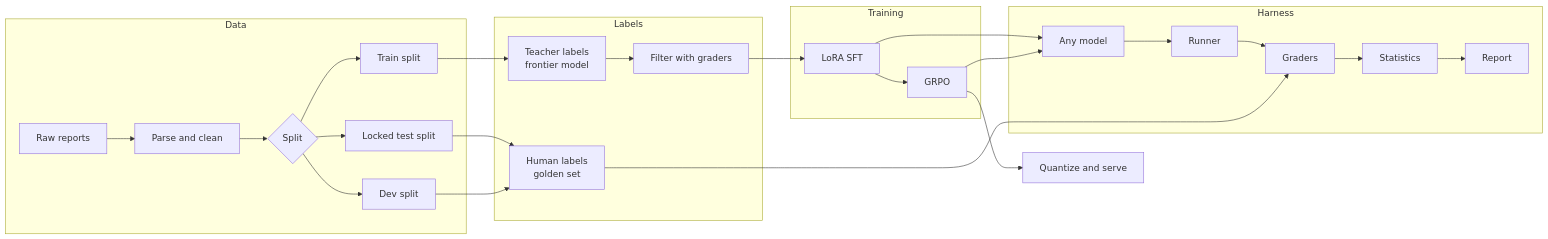
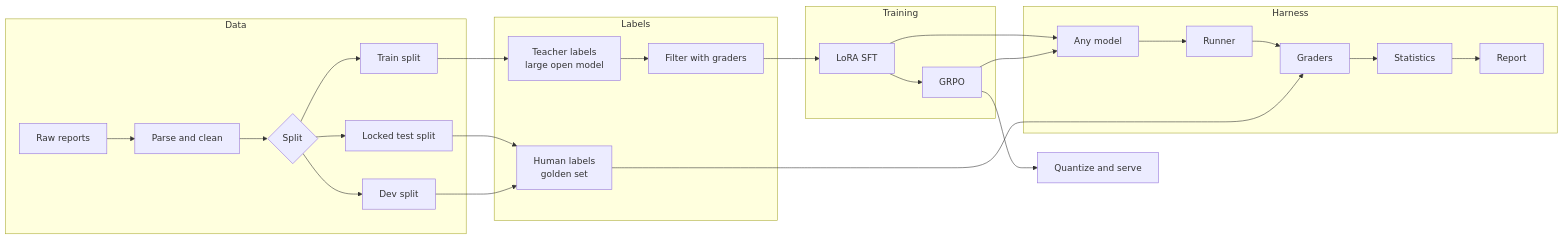
The first of 2 diagrams in docs/ARCHITECTURE.md (SakashSrivastava/Distill), drawn with Mermaid before and after one commit. The commit also changed other lines of this file and 2 other files, not shown here.

Commit message:
Switch docs to an open-weight teacher and a $0 reproducible setup

````diff
--- a/docs/ARCHITECTURE.md
+++ b/docs/ARCHITECTURE.md
@@ -11,34 +11,34 @@
 ```mermaid
 flowchart LR
     subgraph Data
         R[Raw reports] --> P[Parse and clean]
         P --> S{Split}
         S --> TR[Train split]
         S --> DV[Dev split]
         S --> TE[Locked test split]
     end
 
     subgraph Labels
         TE --> HL[Human labels<br/>golden set]
         DV --> HL
-        TR --> TL[Teacher labels<br/>frontier model]
+        TR --> TL[Teacher labels<br/>large open model]
         TL --> F[Filter with graders]
     end
 
     subgraph Training
         F --> SFT[LoRA SFT]
         SFT --> GRPO[GRPO]
     end
 
     subgraph Harness
         M[Any model] --> RUN[Runner]
         RUN --> G[Graders]
         G --> ST[Statistics]
         ST --> REP[Report]
     end
 
     HL --> G
     SFT --> M
     GRPO --> M
     GRPO --> SRV[Quantize and serve]
 ```
````
